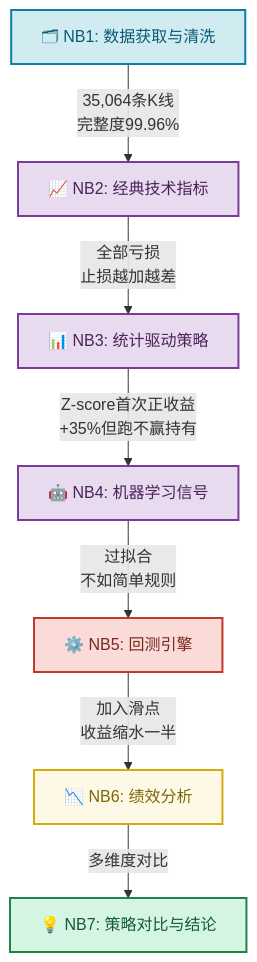
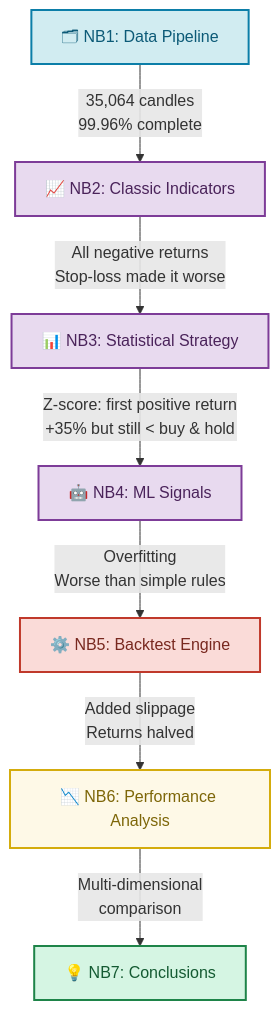
One commit to gh59/crypto-trading-research changed the first of 4 diagrams in README.md. Above: the diagram before and after it, drawn with Mermaid. The commit also changed other lines of this file and 1 other file, not shown here.

````diff
--- a/README.md
+++ b/README.md
@@ -14,16 +16,16 @@
 ```mermaid
 graph TD
-    A["🗂 NB1: 数据获取与清洗"]:::data
-    A -->|"35,064条K线<br>完整度99.96%"| B["📈 NB2: 经典技术指标"]:::strat
-    B -->|"全部亏损<br>止损越加越差"| C["📊 NB3: 统计驱动策略"]:::strat
-    C -->|"Z-score首次正收益<br>+35%但跑不赢持有"| D["🤖 NB4: 机器学习信号"]:::strat
-    D -->|"过拟合<br>不如简单规则"| E["⚙️ NB5: 回测引擎"]:::engine
-    E -->|"加入滑点<br>收益缩水一半"| F["📉 NB6: 绩效分析"]:::analysis
-    F -->|"多维度对比"| G["💡 NB7: 策略对比与结论"]:::insight
+    A["🗂 NB1: Data Pipeline"]:::data
+    A -->|"35,064 candles\n99.96% complete"| B["📈 NB2: Classic Indicators"]:::strat
+    B -->|"All negative returns\nStop-loss made it worse"| C["📊 NB3: Statistical Strategy"]:::strat
+    C -->|"Z-score: first positive return\n+35% but still < buy & hold"| D["🤖 NB4: ML Signals"]:::strat
+    D -->|"Overfitting\nWorse than simple rules"| E["⚙️ NB5: Backtest Engine"]:::engine
+    E -->|"Added slippage\nReturns halved"| F["📉 NB6: Performance Analysis"]:::analysis
+    F -->|"Multi-dimensional\ncomparison"| G["💡 NB7: Conclusions"]:::insight
 
     classDef data fill:#d1ecf1,stroke:#0c7ea8,color:#0c5a77,stroke-width:2px
     classDef strat fill:#e8daef,stroke:#7d3c98,color:#4a235a,stroke-width:2px
     classDef engine fill:#fadbd8,stroke:#c0392b,color:#78281f,stroke-width:2px
     classDef analysis fill:#fef9e7,stroke:#d4ac0d,color:#7d6608,stroke-width:2px
     classDef insight fill:#d5f5e3,stroke:#1e8449,color:#145a32,stroke-width:2px
 ```
````
